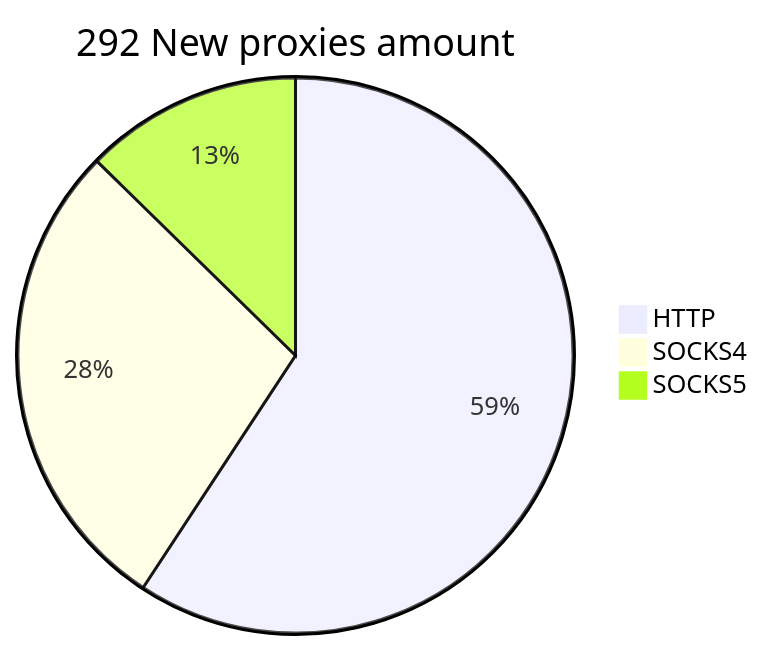
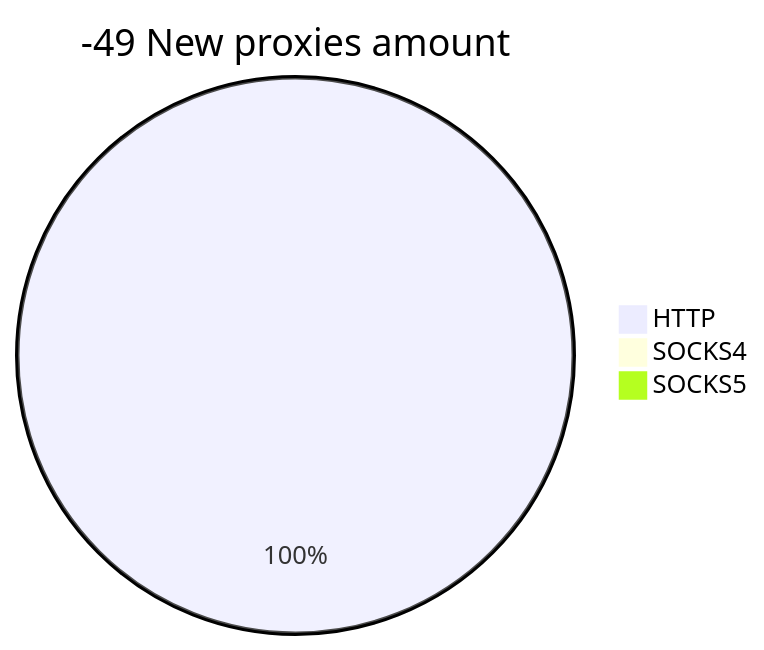
Before and after one commit to cutipu/proxylist: the second of 2 diagrams in README.md, drawn with Mermaid. The commit also changed other lines of this file, not shown here.

````diff
--- a/README.md
+++ b/README.md
@@ -10,6 +10,6 @@
 ```mermaid
-pie title 292 New proxies amount
-    "HTTP" : 173
-    "SOCKS4" : 82
-    "SOCKS5" : 37
+pie title -49 New proxies amount
+    "HTTP" : 33
+    "SOCKS4" : 0
+    "SOCKS5" : 0
 ```
````
